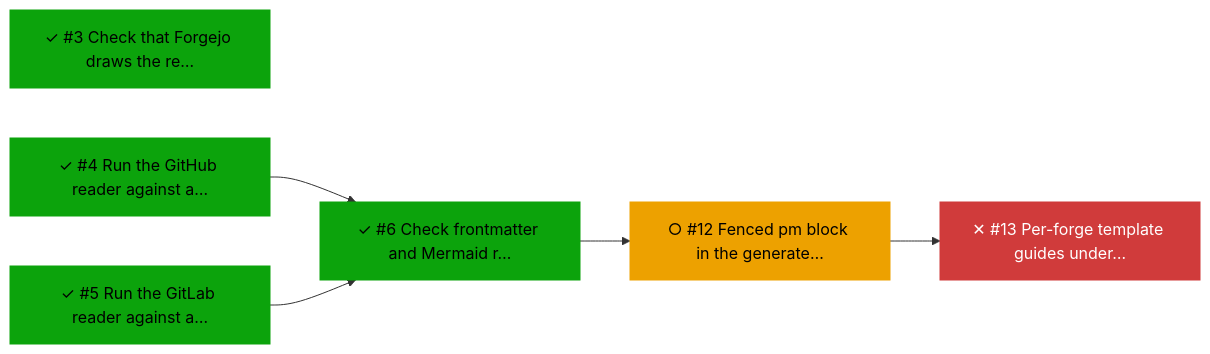
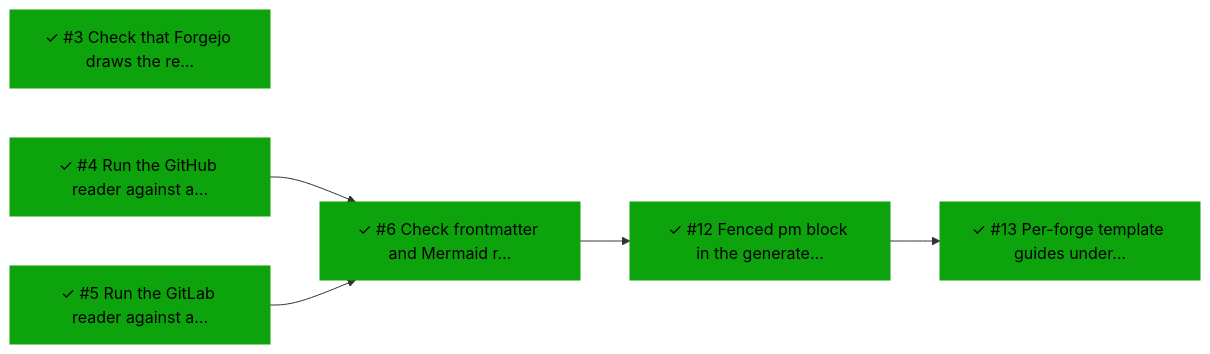
The second of 3 diagrams in forges.md (bvraghav/pmtrack), drawn with Mermaid before and after one commit. The commit also changed other lines of this file and 4 other files, not shown here.

````diff
--- a/forges.md
+++ b/forges.md
@@ -50,19 +45,19 @@
 ```mermaid
 flowchart LR
-  n0["○ #12 Fenced pm block in the generate…"]:::ready
-  n1["✕ #13 Per-forge template guides under…"]:::blocked
+  n0["✓ #12 Fenced pm block in the generate…"]:::done
+  n1["✓ #13 Per-forge template guides under…"]:::done
   n2["✓ #3 Check that Forgejo draws the re…"]:::done
   n3["✓ #4 Run the GitHub reader against a…"]:::done
   n4["✓ #5 Run the GitLab reader against a…"]:::done
   n5["✓ #6 Check frontmatter and Mermaid r…"]:::done
   n5 --> n0
   n0 --> n1
   n3 --> n5
   n4 --> n5
   classDef done fill:#0ca30c,color:#000,stroke:#0ca30c
   classDef active fill:#2a78d6,color:#fff,stroke:#2a78d6
   classDef ready fill:#eda100,color:#000,stroke:#eda100
   classDef blocked fill:#d03b3b,color:#fff,stroke:#d03b3b
   classDef unknown fill:#898781,color:#000,stroke:#898781
   classDef dropped fill:#898781,color:#000,stroke:#898781
 ```
````
